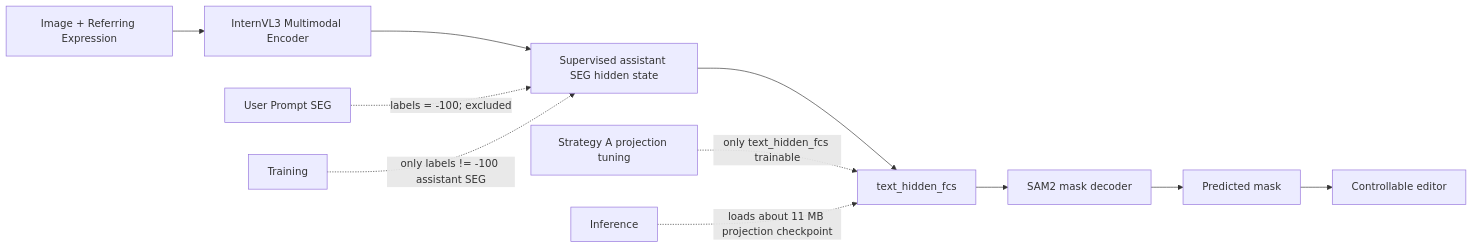
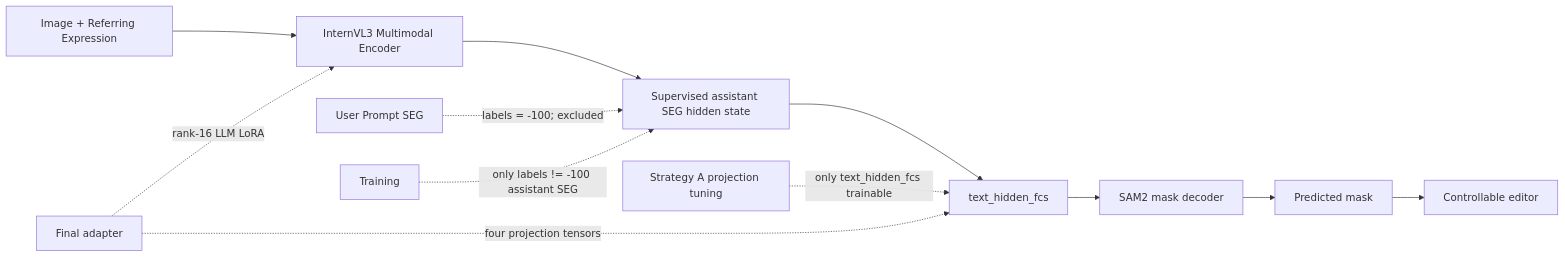
One commit to wdqaa/Sa2VA changed the diagram in projects/chartground_edit/README.md. Above: the diagram before and after it, drawn with Mermaid. The commit also changed other lines of this file and 8 other files, not shown here.

Commit message:
docs(chartground): finalize synthetic v2 LoRA release

````diff
--- a/projects/chartground_edit/README.md
+++ b/projects/chartground_edit/README.md
@@ -18,14 +18,15 @@
 ```mermaid
 flowchart LR
     A[Image + Referring Expression] --> B[InternVL3 Multimodal Encoder]
     B --> C[Supervised assistant SEG hidden state]
     C --> D[text_hidden_fcs]
     D --> E[SAM2 mask decoder]
     E --> F[Predicted mask]
     F --> G[Controllable editor]
 
     U[User Prompt SEG] -. labels = -100; excluded .-> C
     T[Training] -. only labels != -100 assistant SEG .-> C
     P[Strategy A projection tuning] -. only text_hidden_fcs trainable .-> D
-    Q[Inference] -. loads about 11 MB projection checkpoint .-> D
+    Q[Final adapter] -. rank-16 LLM LoRA .-> B
+    Q -. four projection tensors .-> D
 ```
````
